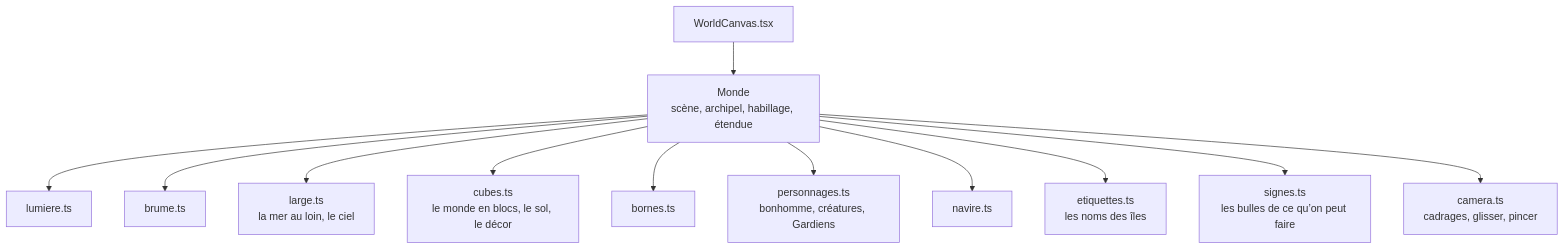
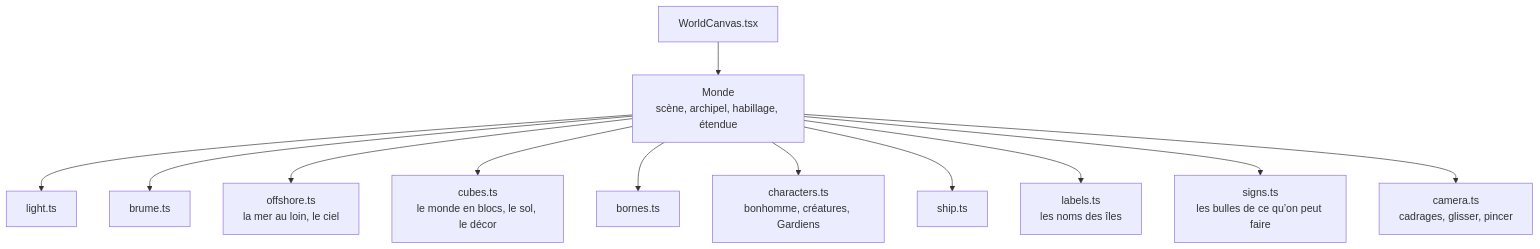
The second of 3 diagrams in docs/architecture/monde.md (g7ed6e/dysapps), drawn with Mermaid before and after one commit. The commit also changed other lines of this file and 681 other files, not shown here.

````diff
--- a/docs/architecture/monde.md
+++ b/docs/architecture/monde.md
@@ -28,14 +28,14 @@
 ```mermaid
 flowchart TD
   wc[WorldCanvas.tsx] --> monde[Monde<br/>scène, archipel, habillage, étendue]
-  monde --> lumiere[lumiere.ts]
+  monde --> lumiere[light.ts]
   monde --> brume[brume.ts]
-  monde --> large[large.ts<br/>la mer au loin, le ciel]
+  monde --> large[offshore.ts<br/>la mer au loin, le ciel]
   monde --> cubes[cubes.ts<br/>le monde en blocs, le sol, le décor]
   monde --> bornes[bornes.ts]
-  monde --> personnages[personnages.ts<br/>bonhomme, créatures, Gardiens]
-  monde --> navire[navire.ts]
-  monde --> etiquettes[etiquettes.ts<br/>les noms des îles]
-  monde --> signes[signes.ts<br/>les bulles de ce qu’on peut faire]
+  monde --> personnages[characters.ts<br/>bonhomme, créatures, Gardiens]
+  monde --> navire[ship.ts]
+  monde --> etiquettes[labels.ts<br/>les noms des îles]
+  monde --> signes[signs.ts<br/>les bulles de ce qu’on peut faire]
   monde --> camera[camera.ts<br/>cadrages, glisser, pincer]
 ```
````
